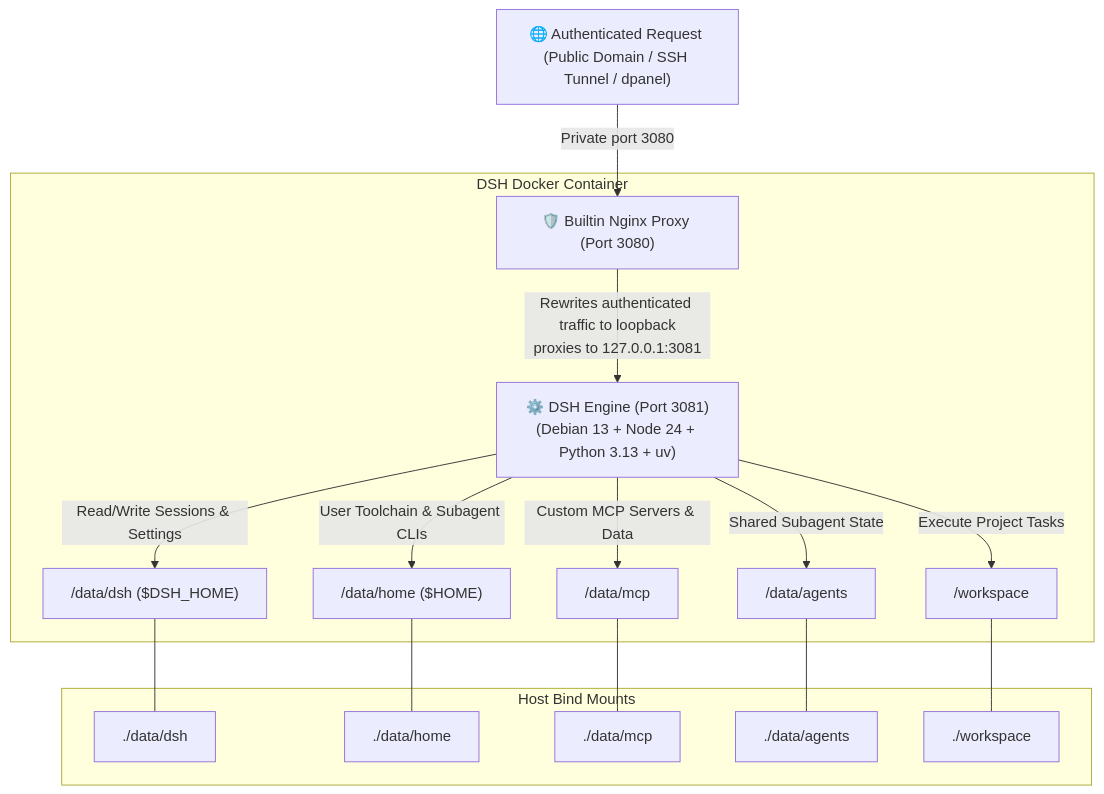
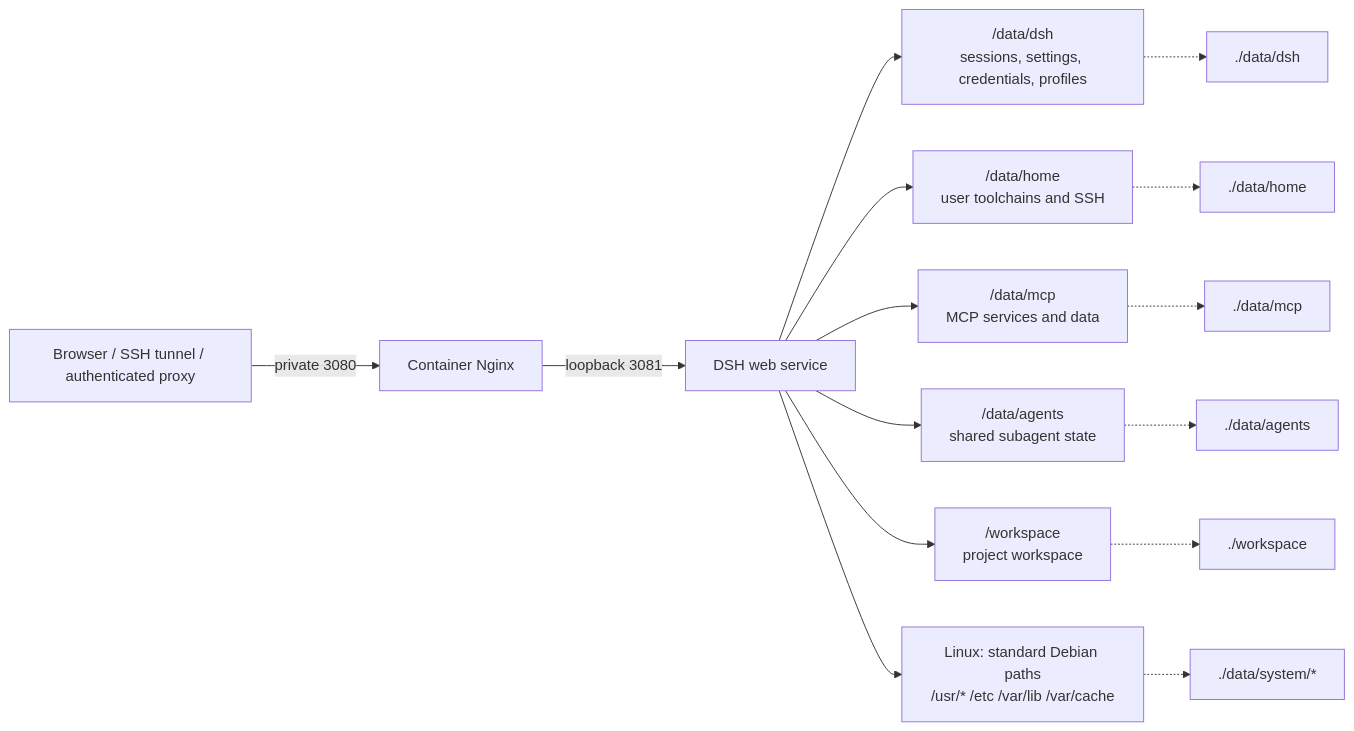
The diagram in README.en.md (univers629/dsh-docker), drawn with Mermaid before and after one commit. The commit also changed other lines of this file and 9 other files, not shown here.

````diff
--- a/README.en.md
+++ b/README.en.md
@@ -88,22 +88,17 @@
 ```mermaid
-graph TD
-    User["🌐 Authenticated Request (Public Domain / SSH Tunnel / dpanel)"] -->|Private port 3080| NGINX["🛡️ Builtin Nginx Proxy (Port 3080)"]
-    
-    subgraph DSH Docker Container
-        NGINX -->|Rewrites authenticated traffic to loopback<br>proxies to 127.0.0.1:3081| BACKEND["⚙️ DSH Engine (Port 3081)<br>(Debian 13 + Node 24 + Python 3.13 + uv)"]
-        
-        BACKEND -->|Read/Write Sessions & Settings| V1["/data/dsh ($DSH_HOME)"]
-        BACKEND -->|User Toolchain & Subagent CLIs| V2["/data/home ($HOME)"]
-        BACKEND -->|Custom MCP Servers & Data| V3["/data/mcp"]
-        BACKEND -->|Shared Subagent State| V4["/data/agents"]
-        BACKEND -->|Execute Project Tasks| V5["/workspace"]
-    end
-    
-    subgraph Host Bind Mounts
-        V1 --- H1["./data/dsh"]
-        V2 --- H2["./data/home"]
-        V3 --- H3["./data/mcp"]
-        V4 --- H4["./data/agents"]
-        V5 --- H5["./workspace"]
-    end
+flowchart LR
+    Client["Browser / SSH tunnel / authenticated proxy"] -->|private 3080| Proxy["Container Nginx"]
+    Proxy -->|loopback 3081| DSH["DSH web service"]
+    DSH --> Sessions["/data/dsh<br/>sessions, settings, credentials, profiles"]
+    DSH --> Home["/data/home<br/>user toolchains and SSH"]
+    DSH --> MCP["/data/mcp<br/>MCP services and data"]
+    DSH --> Agents["/data/agents<br/>shared subagent state"]
+    DSH --> Workspace["/workspace<br/>project workspace"]
+    DSH --> System["Linux: standard Debian paths<br/>/usr/* /etc /var/lib /var/cache"]
+    Sessions -.-> H1["./data/dsh"]
+    Home -.-> H2["./data/home"]
+    MCP -.-> H3["./data/mcp"]
+    Agents -.-> H4["./data/agents"]
+    Workspace -.-> H5["./workspace"]
+    System -.-> H6["./data/system/*"]
 ```
````
